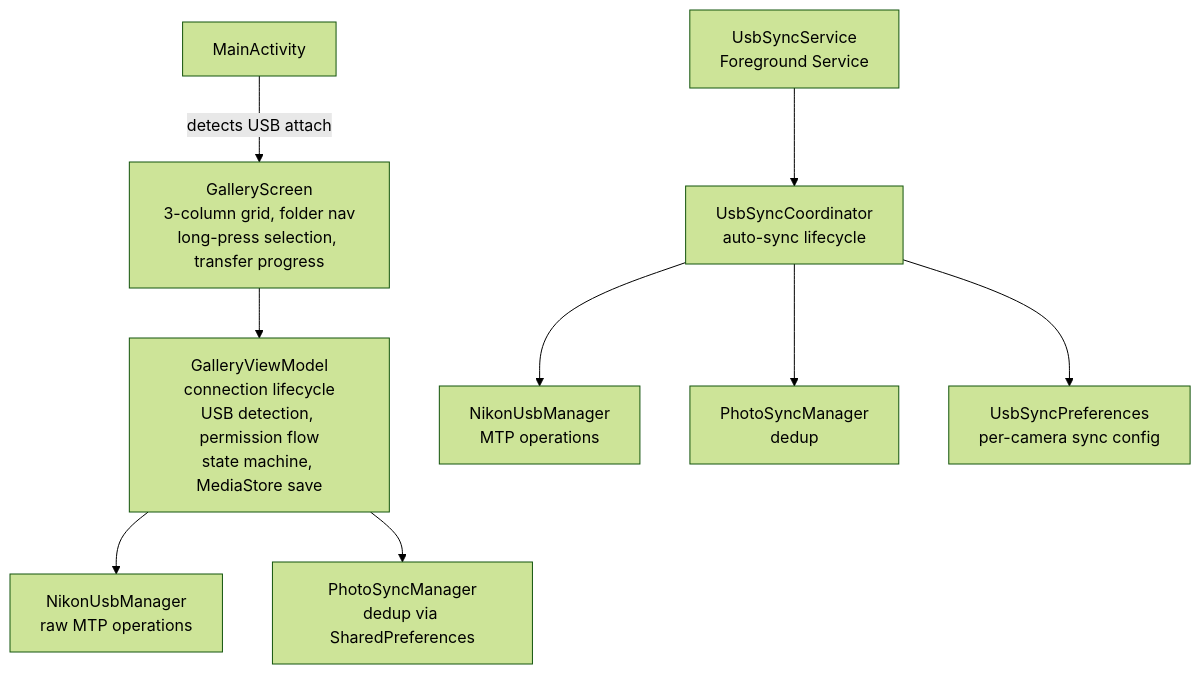
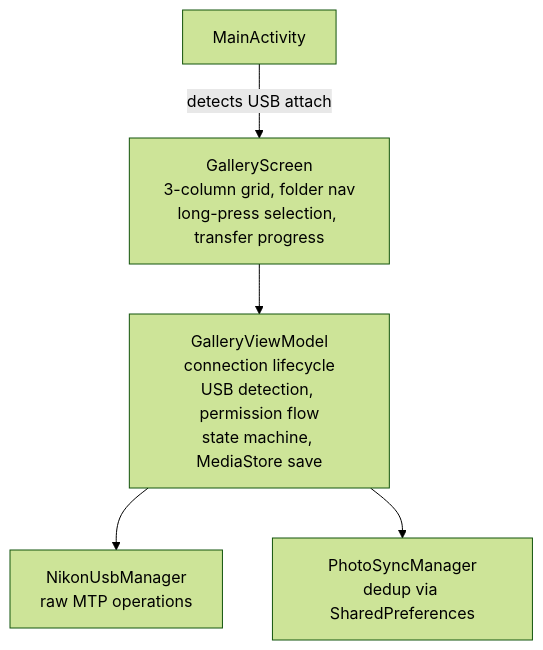
The diagram in docs/nikon/USB_SYNC.md (Chilfish/CameraSync), drawn with Mermaid (forest theme) before and after one commit. The commit also changed other lines of this file and 5 other files, not shown here.

First line of the commit message:
docs: record P1 core-path completion and auto-sync removal

````diff
--- a/docs/nikon/USB_SYNC.md
+++ b/docs/nikon/USB_SYNC.md
@@ -212,12 +212,7 @@
 ```mermaid
 graph TB
     MainActivity["MainActivity"] -->|"detects USB attach"| GalleryScreen["GalleryScreen<br/>3-column grid, folder nav<br/>long-press selection, transfer progress"]
     GalleryScreen --> GalleryViewModel["GalleryViewModel<br/>connection lifecycle<br/>USB detection, permission flow<br/>state machine, MediaStore save"]
     GalleryViewModel --> NikonUsbManager["NikonUsbManager<br/>raw MTP operations"]
     GalleryViewModel --> PhotoSyncManager["PhotoSyncManager<br/>dedup via SharedPreferences"]
-
-    UsbSyncService["UsbSyncService<br/>Foreground Service"] --> UsbSyncCoordinator["UsbSyncCoordinator<br/>auto-sync lifecycle"]
-    UsbSyncCoordinator --> NikonUsbManager2["NikonUsbManager<br/>MTP operations"]
-    UsbSyncCoordinator --> PhotoSyncManager2["PhotoSyncManager<br/>dedup"]
-    UsbSyncCoordinator --> UsbSyncPreferences["UsbSyncPreferences<br/>per-camera sync config"]
 ```
````
